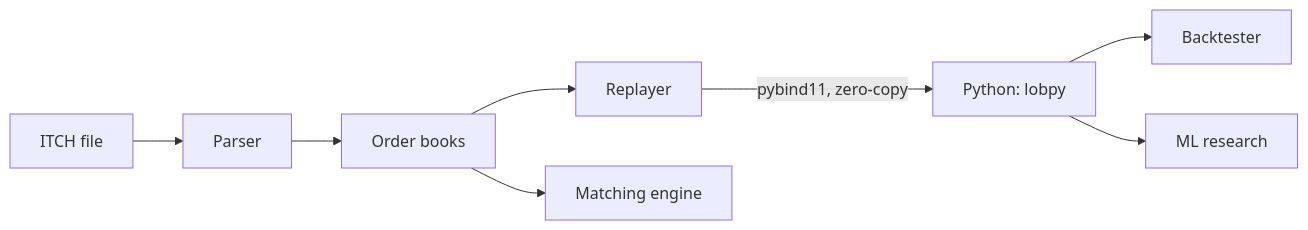
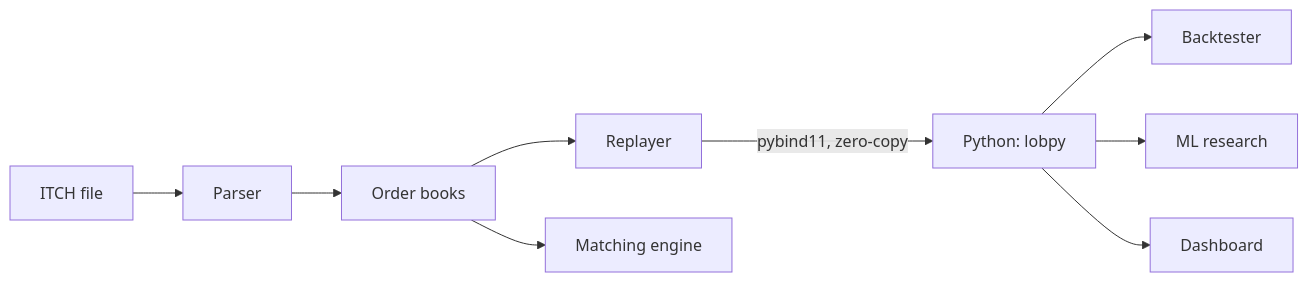
Before and after one commit to MaxS140M/lob-research-platform: the diagram in README.md, drawn with Mermaid. The commit also changed other lines of this file and 1 other file, not shown here.

First line of the commit message:
docs: dashboard demo GIF in the README

````diff
--- a/README.md
+++ b/README.md
@@ -24,8 +28,9 @@
 ```mermaid
 flowchart LR
     F[ITCH file] --> P[Parser] --> B[Order books] --> R[Replayer]
     B --> M[Matching engine]
     R -- pybind11, zero-copy --> PY[Python: lobpy]
     PY --> BT[Backtester]
     PY --> ML[ML research]
+    PY --> D[Dashboard]
 ```
````
